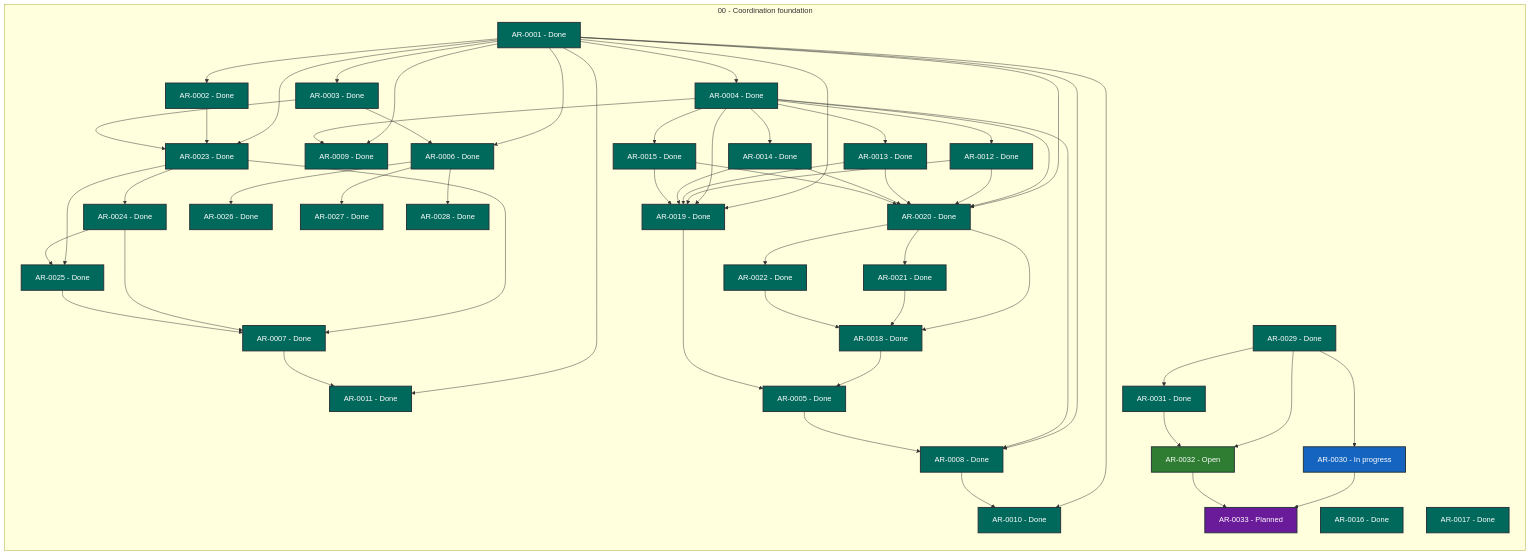
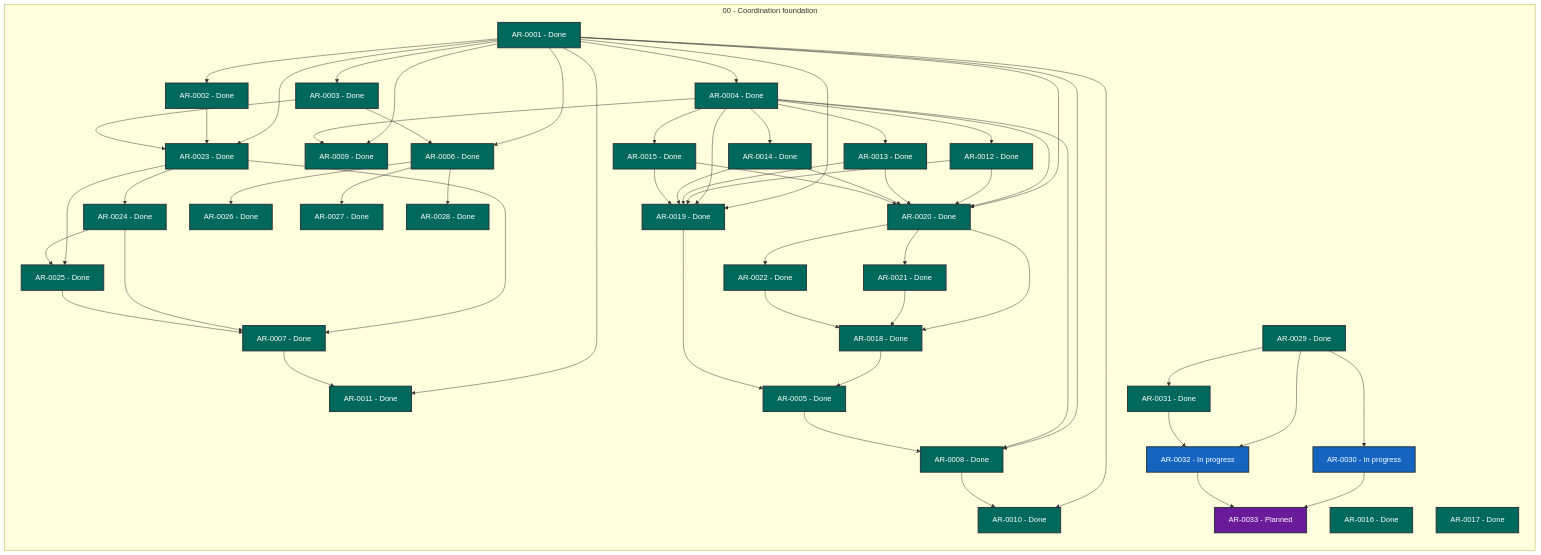
One commit to martin-beck/agent-workflow-quality-state changed the diagram in STATUS.md. Above: the diagram before and after it, drawn with Mermaid. The commit also changed other lines of this file and 2 other files, not shown here.

```diff
--- a/STATUS.md
+++ b/STATUS.md
@@ -59,7 +59,7 @@
         AR_0029["AR-0029 - Done"]:::status_done
         AR_0030["AR-0030 - In progress"]:::status_in_progress
         AR_0031["AR-0031 - Done"]:::status_done
-        AR_0032["AR-0032 - Open"]:::status_open
+        AR_0032["AR-0032 - In progress"]:::status_in_progress
         AR_0033["AR-0033 - Planned"]:::status_planned
     end
     AR_0001 --> AR_0002
```
